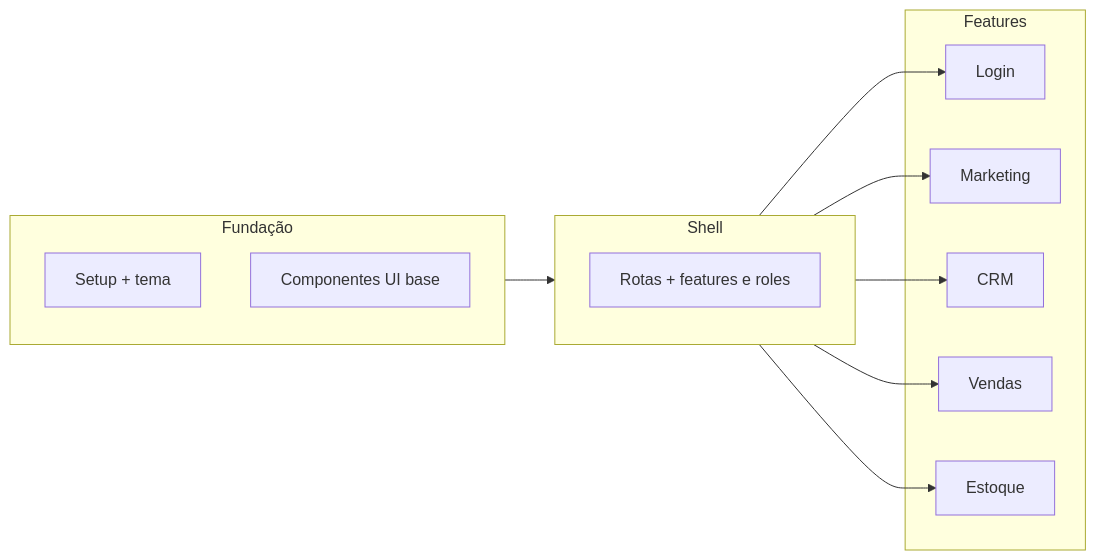
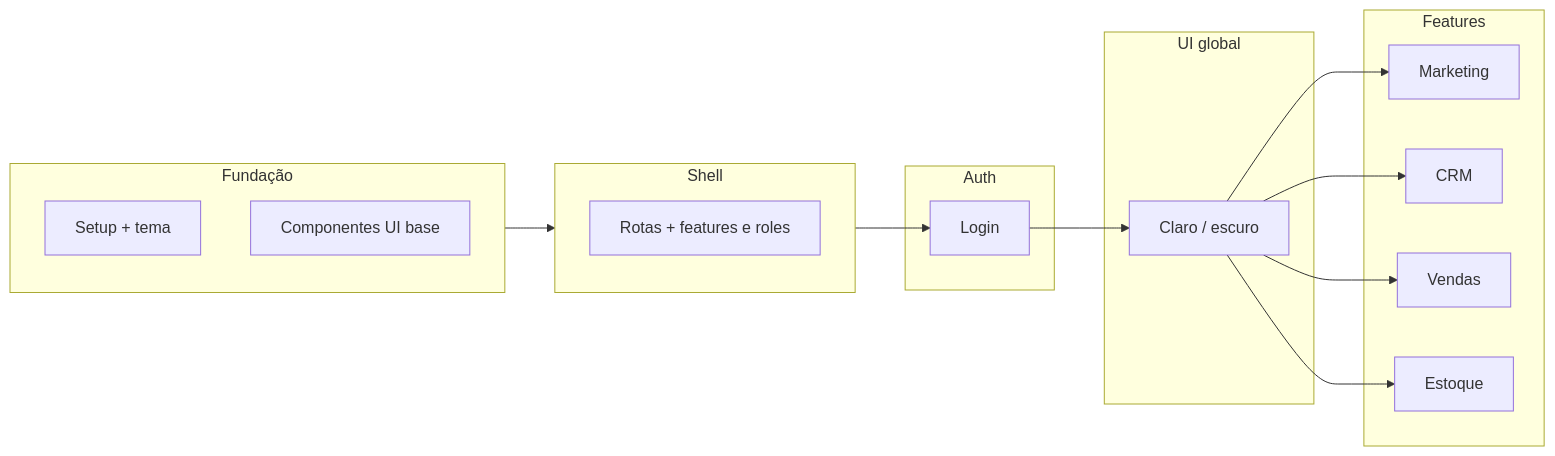
One commit to IgorCooli/instituto-renata-fe changed the diagram in docs/PLAN.md. Above: the diagram before and after it, drawn with Mermaid. The commit also changed other lines of this file and 16 other files, not shown here.

First line of the commit message:
feat(theme): concluir Fase 5 — tema claro/escuro global

````diff
--- a/docs/PLAN.md
+++ b/docs/PLAN.md
@@ -7,23 +7,29 @@
 ```mermaid
 flowchart LR
   subgraph foundation [Fundação]
     F1[Setup + tema]
     F2[Componentes UI base]
   end
   subgraph shell [Shell]
     S1[Rotas + features e roles]
   end
+  subgraph auth [Auth]
+    A[Login]
+  end
+  subgraph ui [UI global]
+    T[Claro / escuro]
+  end
   subgraph features [Features]
-    A[Login]
     M[Marketing]
     C[CRM]
     V[Vendas]
     E[Estoque]
   end
   foundation --> shell
   shell --> A
-  shell --> M
-  shell --> C
-  shell --> V
-  shell --> E
+  A --> T
+  T --> M
+  T --> C
+  T --> V
+  T --> E
 ```
````
